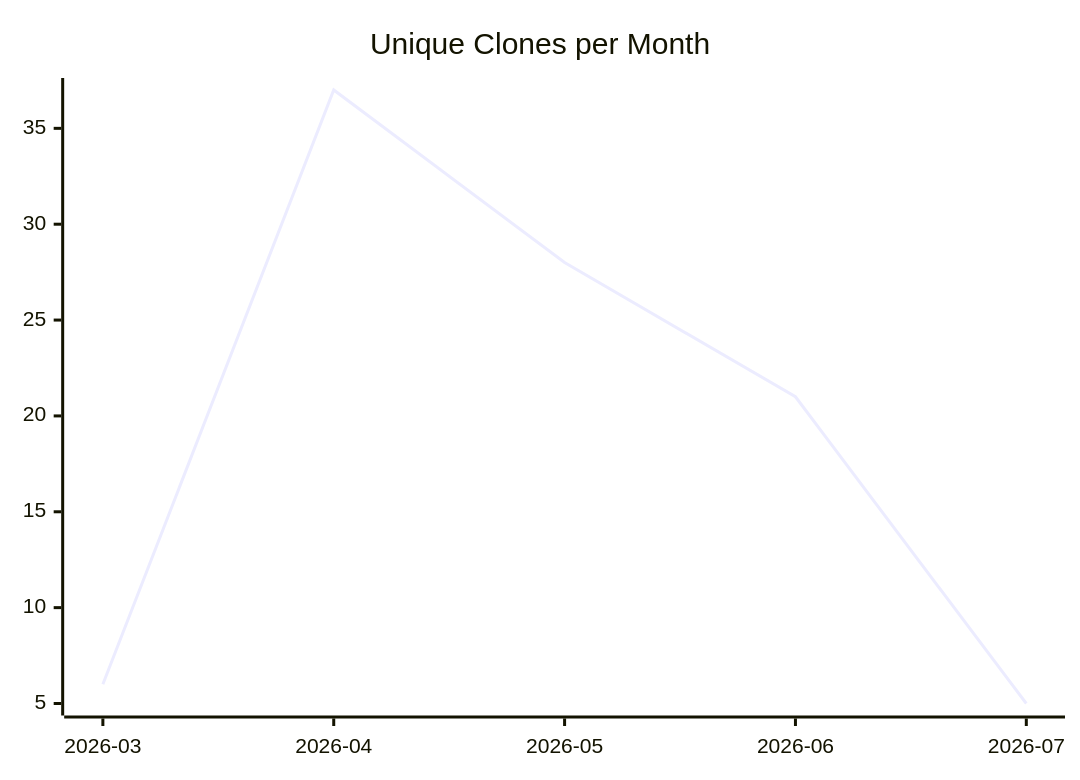
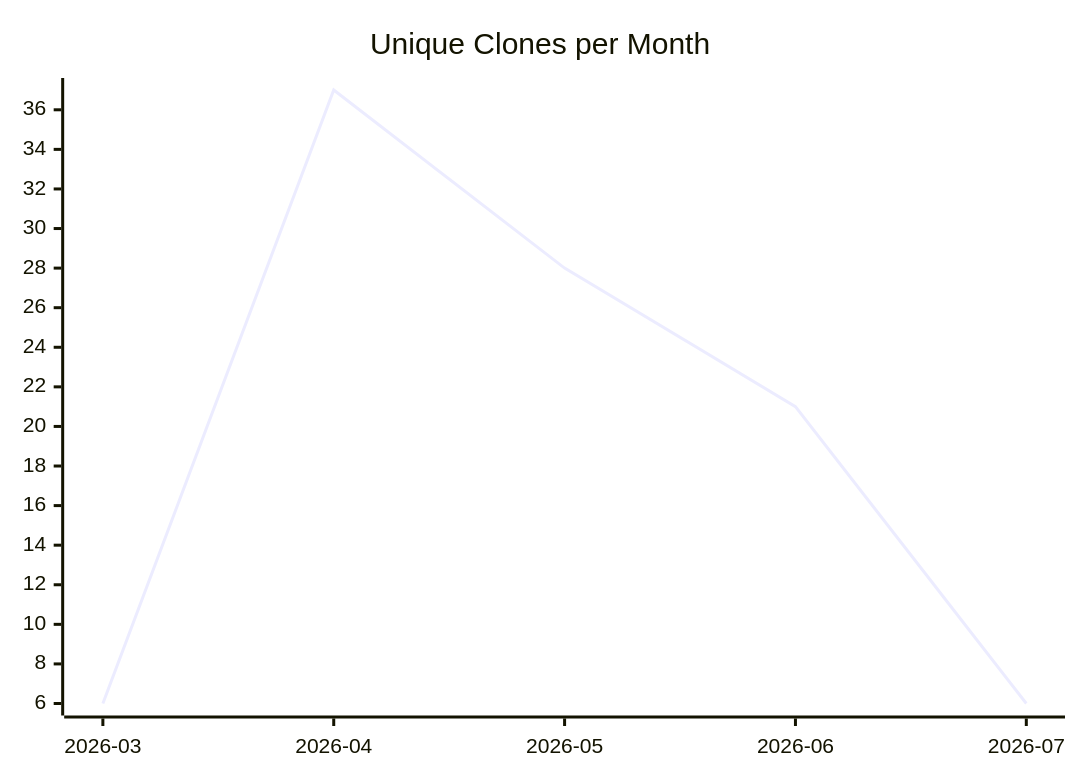
Before and after one commit to justdavis-family/github-analytics-data: the third of 3 diagrams in karlmdavis/ansible-role-jenkins2/README.md, drawn with Mermaid. The commit also changed other lines of this file and 178 other files, not shown here.

````diff
--- a/karlmdavis/ansible-role-jenkins2/README.md
+++ b/karlmdavis/ansible-role-jenkins2/README.md
@@ -19,6 +19,6 @@
 ```mermaid
 xychart-beta
   title "Unique Clones per Month"
   x-axis ["2026-03", "2026-04", "2026-05", "2026-06", "2026-07"]
-  line [6, 37, 28, 21, 5]
+  line [6, 37, 28, 21, 6]
 ```
````
